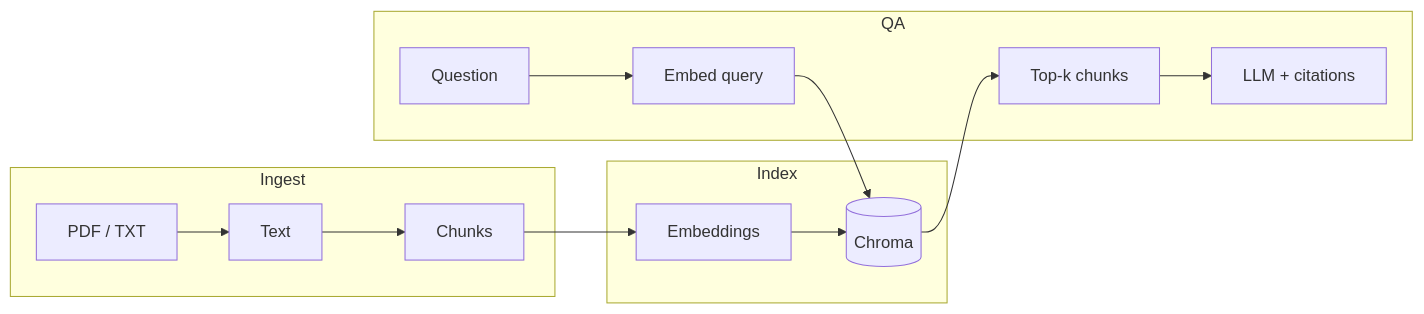
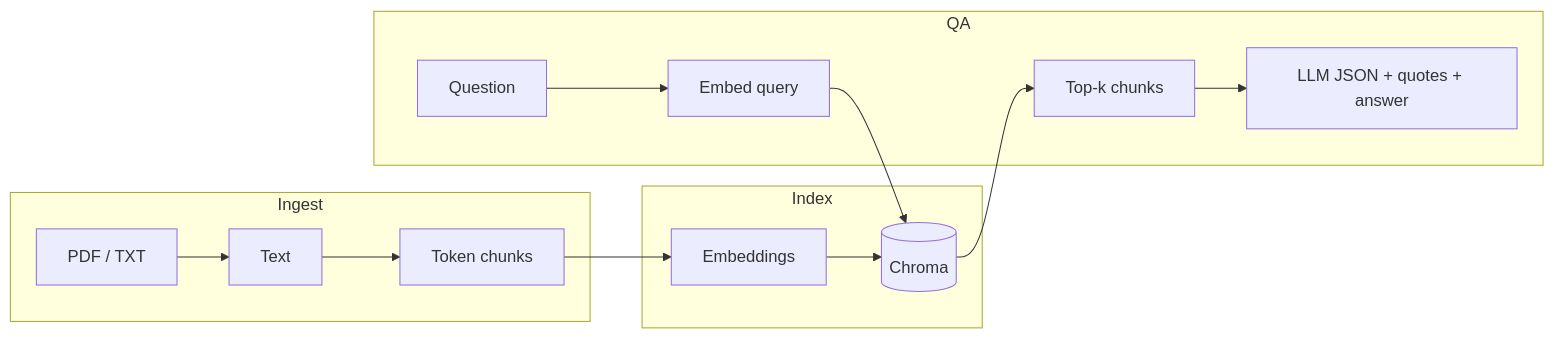
Before and after one commit to asoulmani/Research-Agent: the diagram in README.md, drawn with Mermaid. The commit also changed other lines of this file, not shown here.

````diff
--- a/README.md
+++ b/README.md
@@ -24,17 +24,17 @@
 ```mermaid
 flowchart LR
   subgraph ingest["Ingest"]
     A[PDF / TXT] --> B[Text]
-    B --> C[Chunks]
+    B --> C[Token chunks]
   end
   subgraph index["Index"]
     C --> D[Embeddings]
     D --> E[(Chroma)]
   end
   subgraph qa["QA"]
     Q[Question] --> F[Embed query]
     F --> E
     E --> G[Top-k chunks]
-    G --> H[LLM + citations]
+    G --> H[LLM JSON + quotes + answer]
   end
 ```
````
